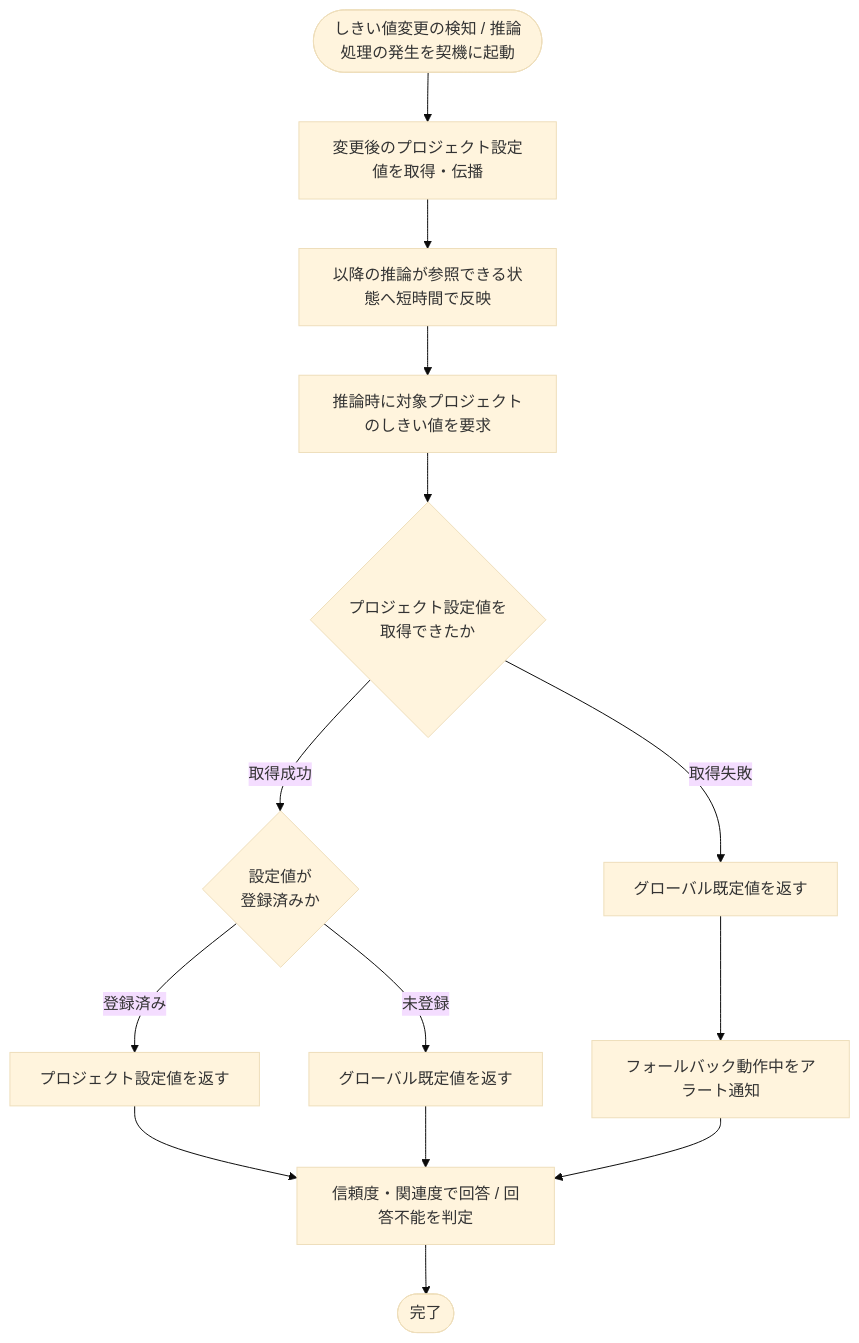
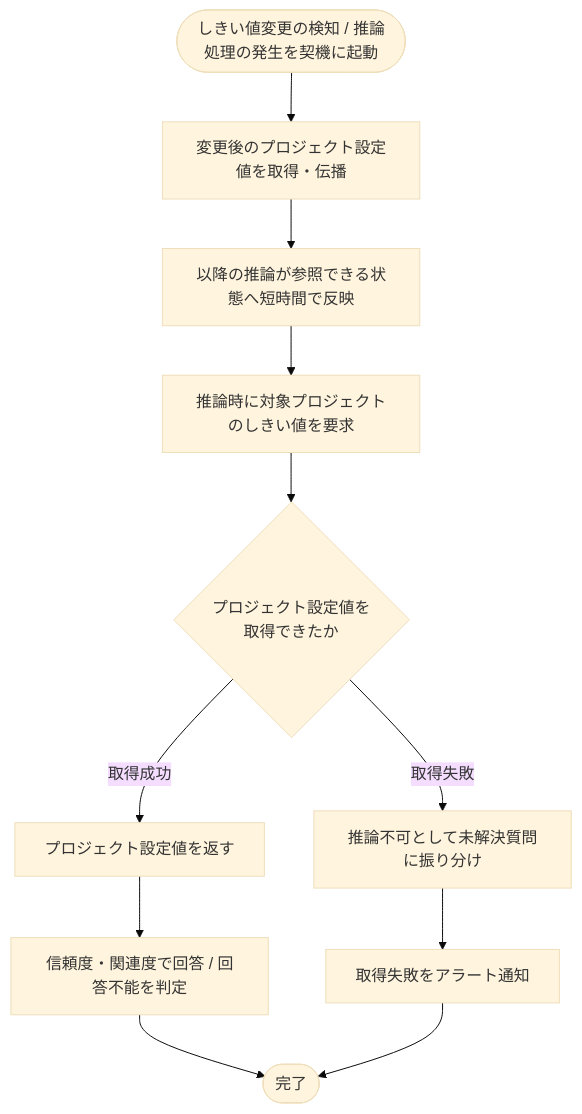
The diagram in 02_basic_design/02_backend/01_system/SYS-015.md (sikakou54/open-faq), drawn with Mermaid (base theme) before and after one commit. The commit also changed other lines of this file and 32 other files, not shown here.

````diff
--- a/02_basic_design/02_backend/01_system/SYS-015.md
+++ b/02_basic_design/02_backend/01_system/SYS-015.md
@@ -24,16 +24,13 @@
 ```mermaid
 flowchart TB
   S([しきい値変更の検知 / 推論処理の発生を契機に起動]) --> A[変更後のプロジェクト設定値を取得・伝播]
   A --> B[以降の推論が参照できる状態へ短時間で反映]
   B --> C[推論時に対象プロジェクトのしきい値を要求]
   C --> D{プロジェクト設定値を<br/>取得できたか}
-  D -- 取得成功 --> E{設定値が<br/>登録済みか}
-  E -- 登録済み --> F[プロジェクト設定値を返す]
-  E -- 未登録 --> G[グローバル既定値を返す]
-  D -- 取得失敗 --> H[グローバル既定値を返す]
-  H --> K[フォールバック動作中をアラート通知]
+  D -- 取得成功 --> F[プロジェクト設定値を返す]
+  D -- 取得失敗 --> H[推論不可として未解決質問に振り分け]
+  H --> K[取得失敗をアラート通知]
   F --> I[信頼度・関連度で回答 / 回答不能を判定]
-  G --> I
-  K --> I
   I --> J([完了])
+  K --> J
 ```
````
